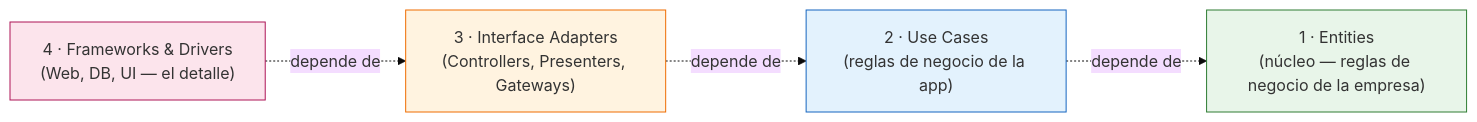
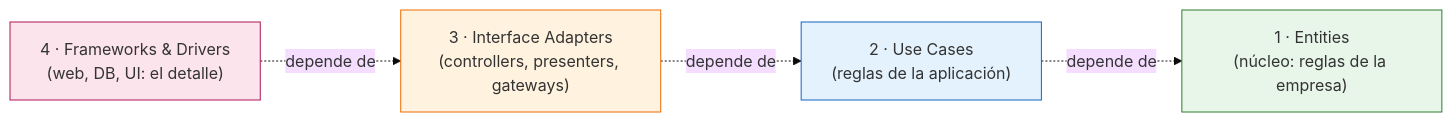
Before and after one commit to Carlou134/ssr-developer-roadmap: the first of 2 diagrams in docs/02-calidad-de-codigo-y-arquitectura/09-clean-architecture.md, drawn with Mermaid (base theme). The commit also changed other lines of this file and 13 other files, not shown here.

````diff
--- a/docs/02-calidad-de-codigo-y-arquitectura/09-clean-architecture.md
+++ b/docs/02-calidad-de-codigo-y-arquitectura/09-clean-architecture.md
@@ -17,12 +101,12 @@
 ```mermaid
 flowchart LR
-    D["4 · Frameworks & Drivers<br/>(Web, DB, UI — el detalle)"] -.depende de.-> C
-    C["3 · Interface Adapters<br/>(Controllers, Presenters, Gateways)"] -.depende de.-> B
-    B["2 · Use Cases<br/>(reglas de negocio de la app)"] -.depende de.-> A
-    A["1 · Entities<br/>(núcleo — reglas de negocio de la empresa)"]
+    D["4 · Frameworks & Drivers<br/>(web, DB, UI: el detalle)"] -.depende de.-> C
+    C["3 · Interface Adapters<br/>(controllers, presenters, gateways)"] -.depende de.-> B
+    B["2 · Use Cases<br/>(reglas de la aplicación)"] -.depende de.-> A
+    A["1 · Entities<br/>(núcleo: reglas de la empresa)"]
 
     style A fill:#e8f5e9,stroke:#2e7d32
     style B fill:#e3f2fd,stroke:#1565c0
     style C fill:#fff3e0,stroke:#ef6c00
     style D fill:#fce4ec,stroke:#ad1457
 ```
````
